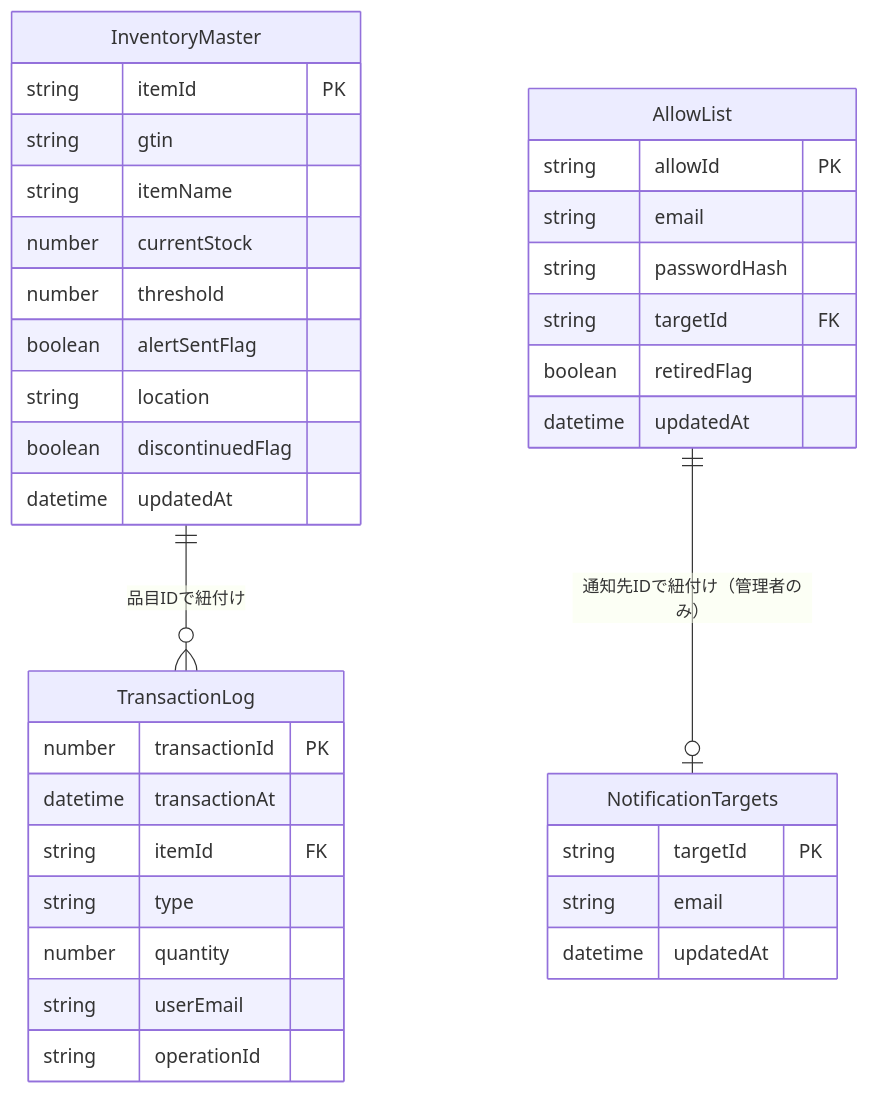
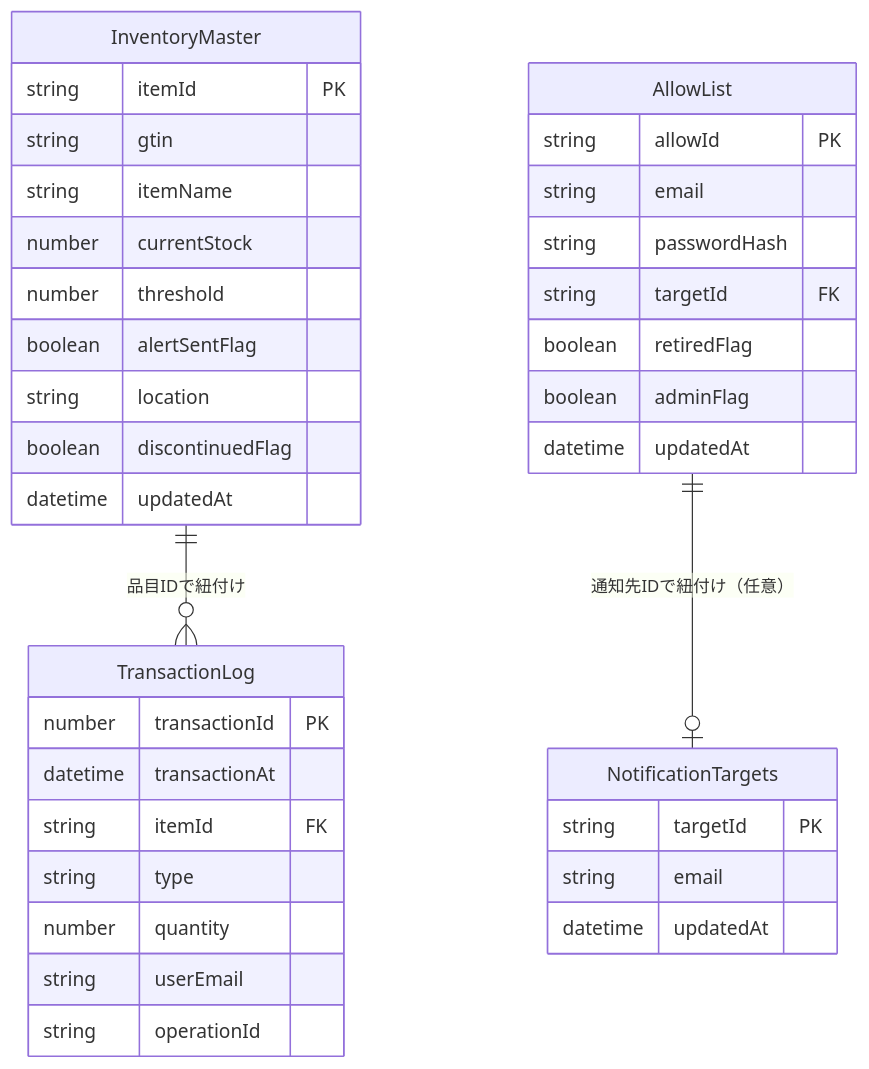
The diagram in docs/architecture/database.md (shinichi-yoshida-16/inventory_system_v2), drawn with Mermaid before and after one commit. The commit also changed other lines of this file and 5 other files, not shown here.

````diff
--- a/docs/architecture/database.md
+++ b/docs/architecture/database.md
@@ -84,38 +85,39 @@
 ```mermaid
 erDiagram
     InventoryMaster ||--o{ TransactionLog : "品目IDで紐付け"
-    AllowList ||--o| NotificationTargets : "通知先IDで紐付け（管理者のみ）"
+    AllowList ||--o| NotificationTargets : "通知先IDで紐付け（任意）"
     InventoryMaster {
         string itemId PK
         string gtin
         string itemName
         number currentStock
         number threshold
         boolean alertSentFlag
         string location
         boolean discontinuedFlag
         datetime updatedAt
     }
     TransactionLog {
         number transactionId PK
         datetime transactionAt
         string itemId FK
         string type
         number quantity
         string userEmail
         string operationId
     }
     NotificationTargets {
         string targetId PK
         string email
         datetime updatedAt
     }
     AllowList {
         string allowId PK
         string email
         string passwordHash
         string targetId FK
         boolean retiredFlag
+        boolean adminFlag
         datetime updatedAt
     }
 ```
````
